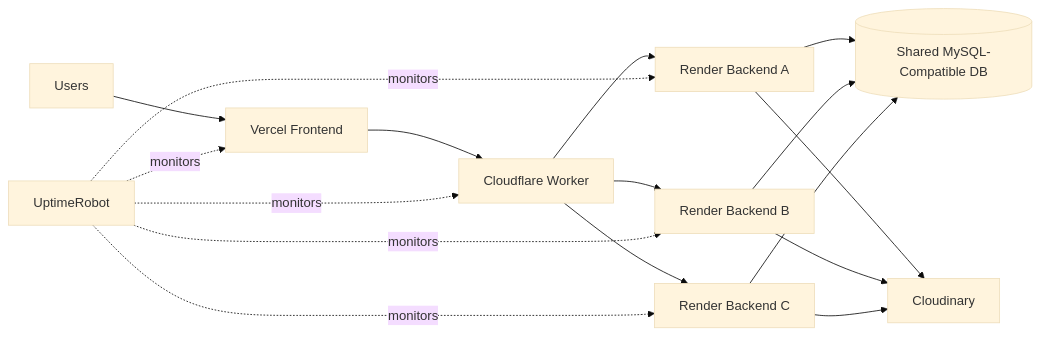
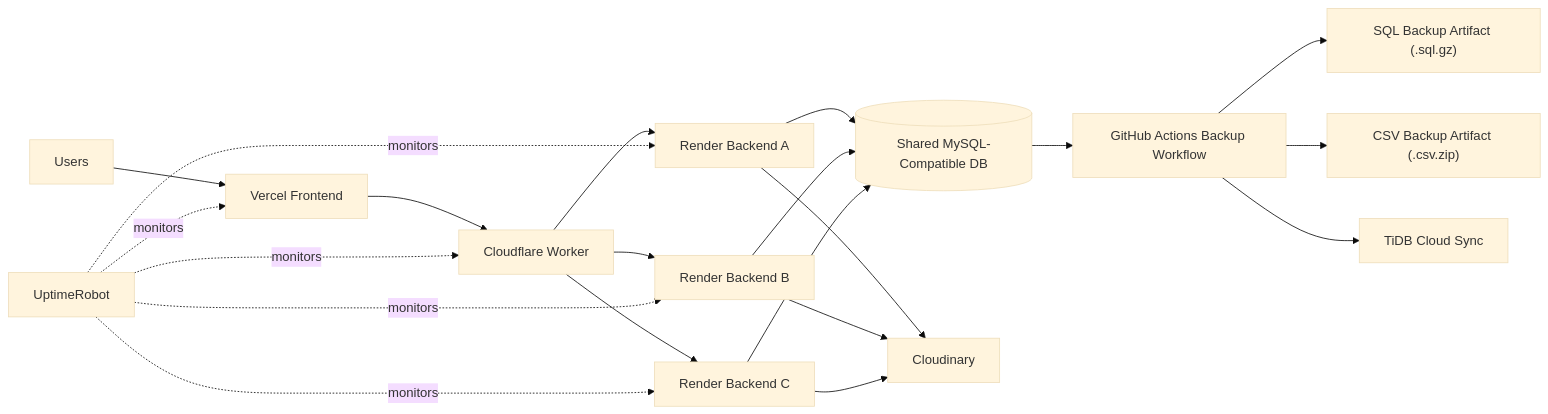
One commit to raviattrash-pro/vps changed the first of 5 diagrams in README.md. Above: the diagram before and after it, drawn with Mermaid (base theme). The commit also changed other lines of this file, not shown here.

Commit message:
Update README diagrams with DB backup flow

````diff
--- a/README.md
+++ b/README.md
@@ -119,19 +119,23 @@
 ```mermaid
 flowchart LR
     U["Users"] --> V["Vercel Frontend"]
     V --> W["Cloudflare Worker"]
     W --> R1["Render Backend A"]
     W --> R2["Render Backend B"]
     W --> R3["Render Backend C"]
     R1 --> DB[("Shared MySQL-Compatible DB")]
     R2 --> DB
     R3 --> DB
     R1 --> C["Cloudinary"]
     R2 --> C
     R3 --> C
+    DB --> G["GitHub Actions Backup Workflow"]
+    G --> S["SQL Backup Artifact (.sql.gz)"]
+    G --> X["CSV Backup Artifact (.csv.zip)"]
+    G --> T["TiDB Cloud Sync"]
     M["UptimeRobot"] -. monitors .-> V
     M -. monitors .-> W
     M -. monitors .-> R1
     M -. monitors .-> R2
     M -. monitors .-> R3
 ```
````
